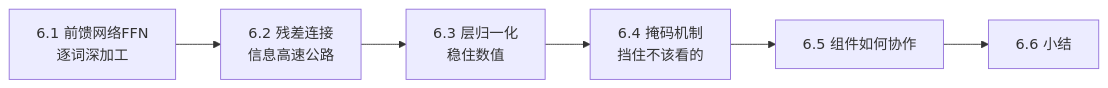
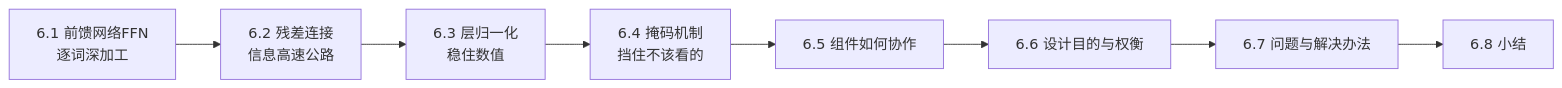
One commit to zerioo1970/summary changed the first of 16 diagrams in transformer-学习资料/第06章-其他关键组件.md. Above: the diagram before and after it, drawn with Mermaid. The commit also changed other lines of this file and 4 other files, not shown here.

Commit message:
深度扩充第3-7章:每章新增'设计目的与权衡'和'问题与解决办法'两大节

````diff
--- a/transformer-学习资料/第06章-其他关键组件.md
+++ b/transformer-学习资料/第06章-其他关键组件.md
@@ -11,8 +11,10 @@
 ```mermaid
 flowchart LR
     A["6.1 前馈网络FFN<br/>逐词深加工"] --> B["6.2 残差连接<br/>信息高速公路"]
     B --> C["6.3 层归一化<br/>稳住数值"]
     C --> D["6.4 掩码机制<br/>挡住不该看的"]
     D --> E["6.5 组件如何协作"]
-    E --> F["6.6 小结"]
+    E --> F["6.6 设计目的与权衡"]
+    F --> G["6.7 问题与解决办法"]
+    G --> H["6.8 小结"]
 ```
````
